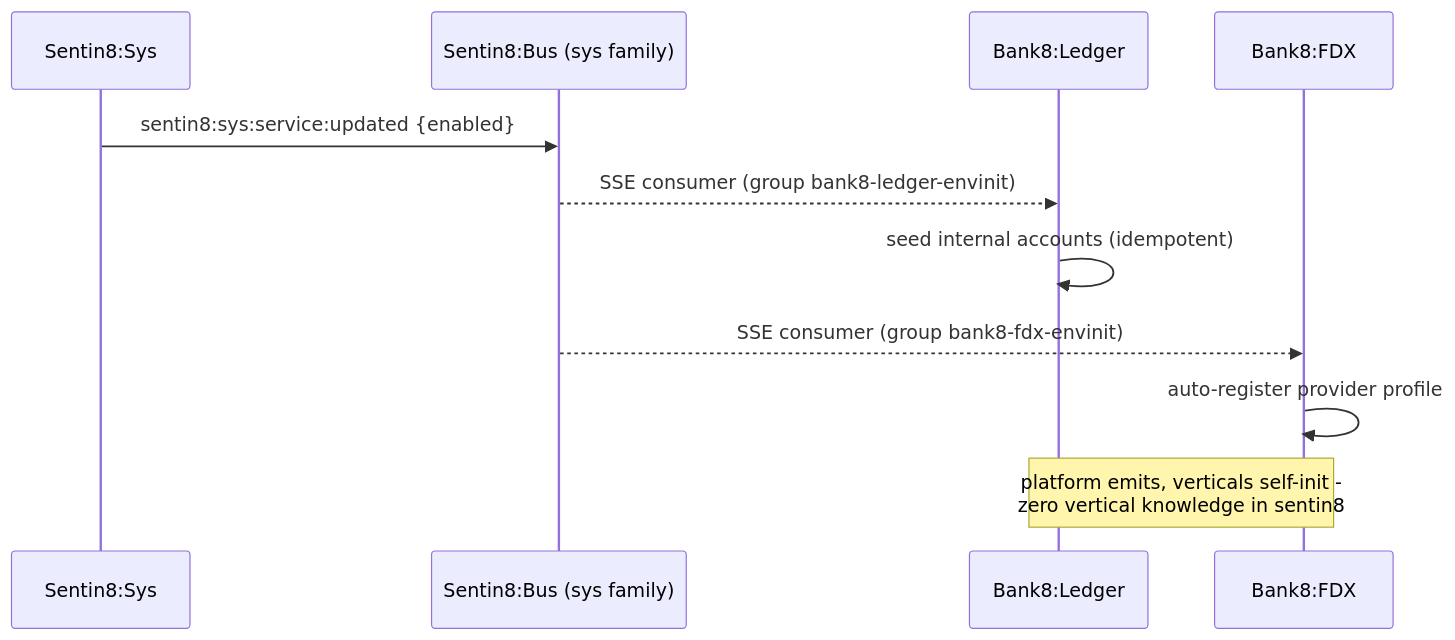
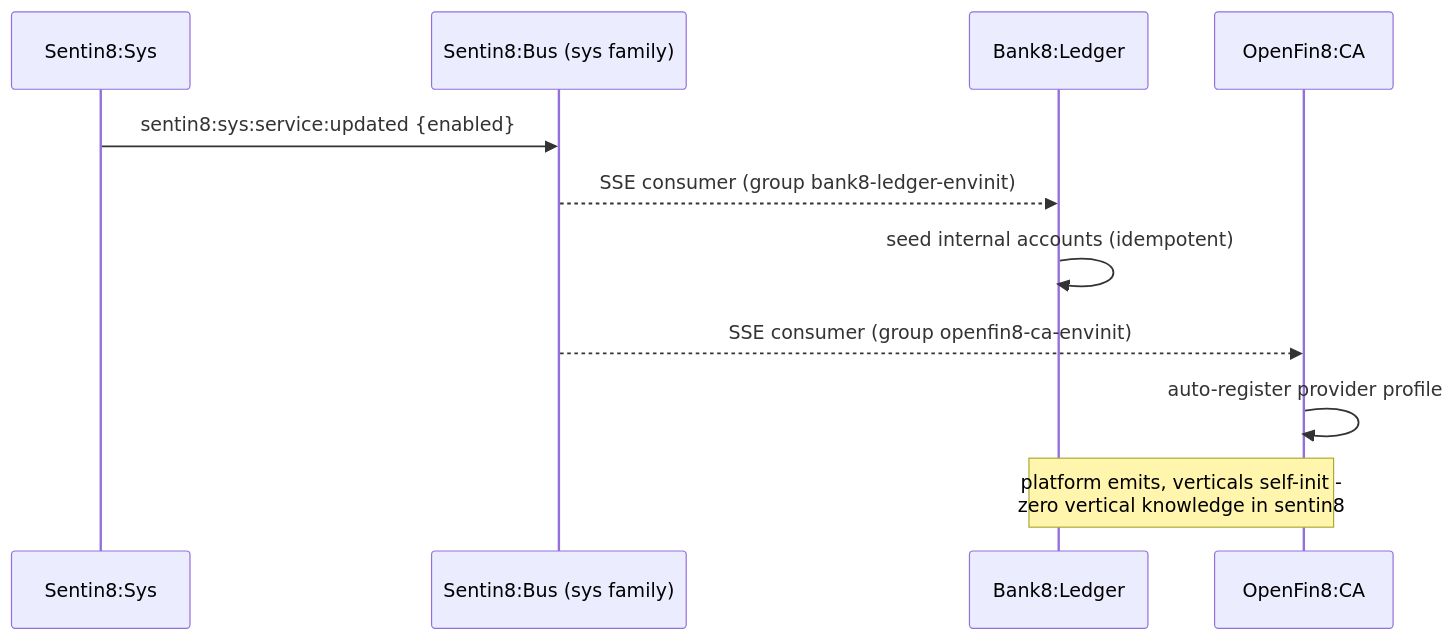
One commit to Bank8-dev/bank8 changed the fifth of 8 diagrams in DESIGN.md. Above: the diagram before and after it, drawn with Mermaid. The commit also changed other lines of this file and 5 other files, not shown here.

First line of the commit message:
OBVERT-2: bank8 releases the open services to the OpenFin8 vertical

````diff
--- a/DESIGN.md
+++ b/DESIGN.md
@@ -122,13 +122,13 @@
 ```mermaid
 sequenceDiagram
     participant S as Sentin8:Sys
     participant B as Sentin8:Bus (sys family)
     participant L as Bank8:Ledger
-    participant F as Bank8:FDX
+    participant F as OpenFin8:CA
     S->>B: sentin8:sys:service:updated {enabled}
     B-->>L: SSE consumer (group bank8-ledger-envinit)
     L->>L: seed internal accounts (idempotent)
-    B-->>F: SSE consumer (group bank8-fdx-envinit)
+    B-->>F: SSE consumer (group openfin8-ca-envinit)
     F->>F: auto-register provider profile
     Note over L,F: platform emits, verticals self-init -<br/>zero vertical knowledge in sentin8
 ```
````
